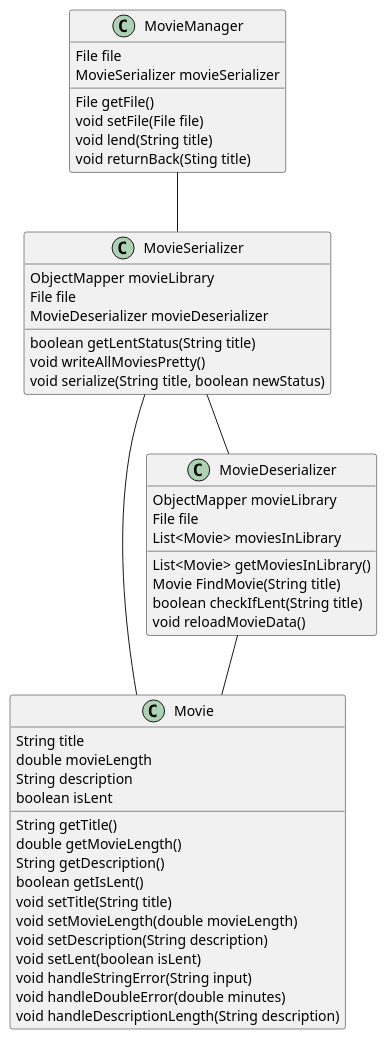
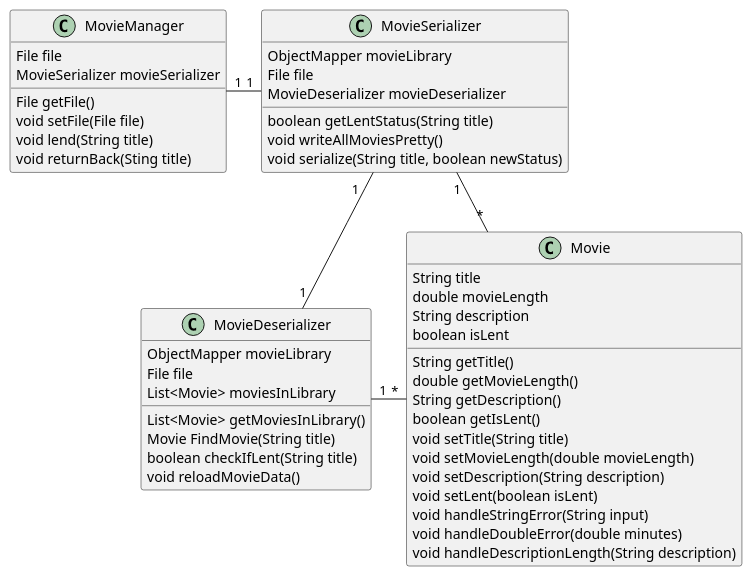
The diagram in docs/umlDiagrams/classDiagram.puml (SylviaSWYung/Movie_library), drawn with PlantUML before and after one commit.

Commit message:
docs: :memo: Update classDiagram.puml
Update classDiagram.puml from horisontal to vertical, and their value

```diff
--- a/docs/umlDiagrams/classDiagram.puml
+++ b/docs/umlDiagrams/classDiagram.puml
@@ -1,54 +1,54 @@
 @startuml classDiagram.puml 
 
 class Movie {
   String title 
   double movieLength 
   String description
   boolean isLent
   String getTitle()
   double getMovieLength()
   String getDescription()
   boolean getIsLent()
   void setTitle(String title)
   void setMovieLength(double movieLength)
   void setDescription(String description)
   void setLent(boolean isLent)
   void handleStringError(String input)
   void handleDoubleError(double minutes)
   void handleDescriptionLength(String description)
 }
 
 class MovieSerializer {
   ObjectMapper movieLibrary
   File file 
   MovieDeserializer movieDeserializer 
   boolean getLentStatus(String title)
   void writeAllMoviesPretty()
   void serialize(String title, boolean newStatus)
 }
 
 class MovieDeserializer {
   ObjectMapper movieLibrary
   File file 
   List<Movie> moviesInLibrary
   List<Movie> getMoviesInLibrary()
   Movie FindMovie(String title)
   boolean checkIfLent(String title)
   void reloadMovieData()
 }
 
 class MovieManager {
   File file
   MovieSerializer movieSerializer
   File getFile()
   void setFile(File file)
   void lend(String title)
   void returnBack(Sting title)
 }
 
-MovieManager -- MovieSerializer
-MovieDeserializer -- Movie
-MovieSerializer -- Movie
-MovieSerializer -- MovieDeserializer
+MovieManager "1" - "1" MovieSerializer
+MovieDeserializer "1" - "*" Movie
+MovieSerializer " 1" -- "*" Movie
+MovieSerializer "1   " -- "1" MovieDeserializer
 
 @enduml
```
